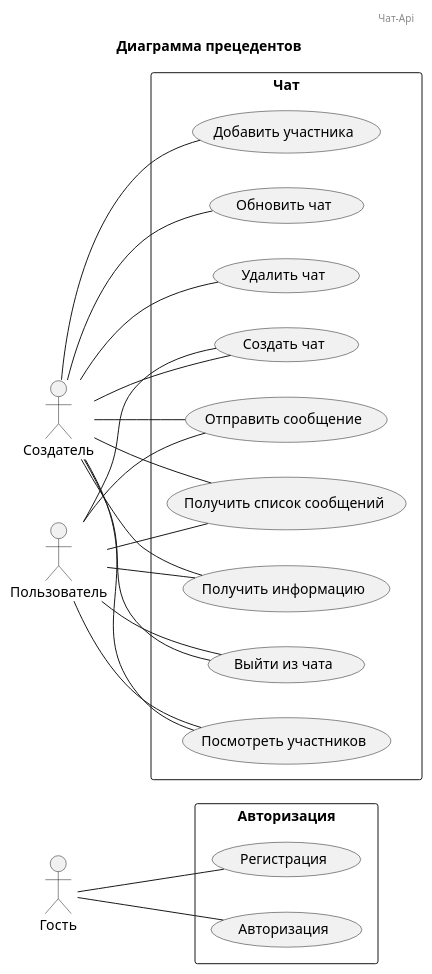
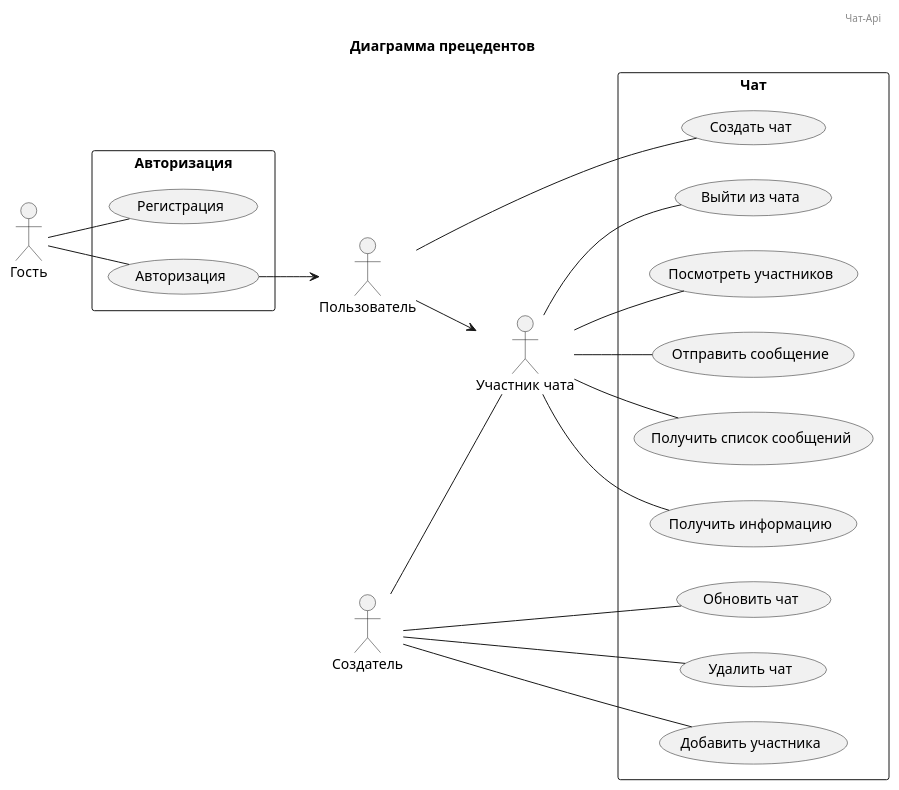
Before and after one commit to ilyenkod/First_Project: the diagram in docs/precedents.puml, drawn with PlantUML. The commit also changed 4 other files, not shown here.

```diff
--- a/docs/precedents.puml
+++ b/docs/precedents.puml
@@ -1,51 +1,53 @@
 @startuml
 
 header Чат-Api
 title Диаграмма прецедентов
 
 left to right direction
 
 rectangle "Чат"{
     usecase "Создать чат" as create_chat
     usecase "Обновить чат" as update_chat
     usecase "Удалить чат" as delete_chat
     usecase "Получить информацию" as chat_information
     usecase "Выйти из чата" as leave_chat
     usecase "Посмотреть участников" as see_users
     usecase "Отправить сообщение" as send_message
     usecase "Получить список сообщений" as list_messages
     usecase "Добавить участника" as add_user
 }
 
 rectangle "Авторизация" {
     usecase "Регистрация" as registration
     usecase "Авторизация" as authorization
 }
 
 actor "Гость" as guest
 actor "Создатель" as creator
 actor "Пользователь" as user
+actor "Участник чата" as user_chat
 
 guest -- registration
 guest -- authorization
 
 user -- create_chat
-user -- chat_information
-user -- see_users
-user -- leave_chat
-user -- send_message
-user -- list_messages
 
-creator -- create_chat
+user_chat-- chat_information
+user_chat-- see_users
+user_chat-- leave_chat
+user_chat-- send_message
+user_chat-- list_messages
+
 creator -- update_chat
 creator -- delete_chat
 creator -- add_user
 
-creator -- chat_information
-creator -- see_users
-creator -- leave_chat
-creator -- send_message
-creator -- list_messages
+creator -- user_chat
+authorization --> user
+
+
+user --> user_chat
+
 
 
 @enduml
```
